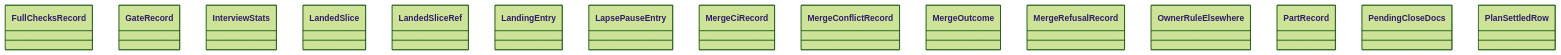
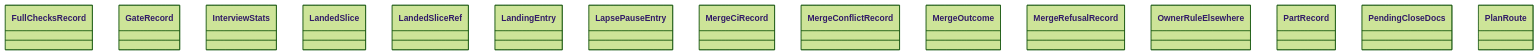
The diagram in docs/architecture/generated/classes-process-domain-state-4.md (GonzaloZevallos/agentic-system), drawn with Mermaid (forest theme) before and after one commit. The commit also changed other lines of this file and 1 other file, not shown here.

Commit message:
Regenerate the architecture diagrams for the PlanRoute state shape

````diff
--- a/docs/architecture/generated/classes-process-domain-state-4.md
+++ b/docs/architecture/generated/classes-process-domain-state-4.md
@@ -22,18 +22,18 @@
 ```mermaid
 classDiagram
     class task__FullChecksRecord["FullChecksRecord"]
     class task__GateRecord["GateRecord"]
     class task__InterviewStats["InterviewStats"]
     class task__LandedSlice["LandedSlice"]
     class task__LandedSliceRef["LandedSliceRef"]
     class task__LandingEntry["LandingEntry"]
     class task__LapsePauseEntry["LapsePauseEntry"]
     class task__MergeCiRecord["MergeCiRecord"]
     class task__MergeConflictRecord["MergeConflictRecord"]
     class task__MergeOutcome["MergeOutcome"]
     class task__MergeRefusalRecord["MergeRefusalRecord"]
     class task__OwnerRuleElsewhere["OwnerRuleElsewhere"]
     class task__PartRecord["PartRecord"]
     class task__PendingCloseDocs["PendingCloseDocs"]
-    class task__PlanSettledRow["PlanSettledRow"]
+    class task__PlanRoute["PlanRoute"]
 ```
````
